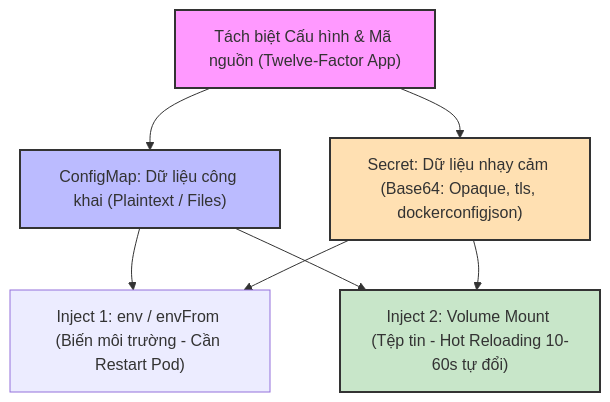
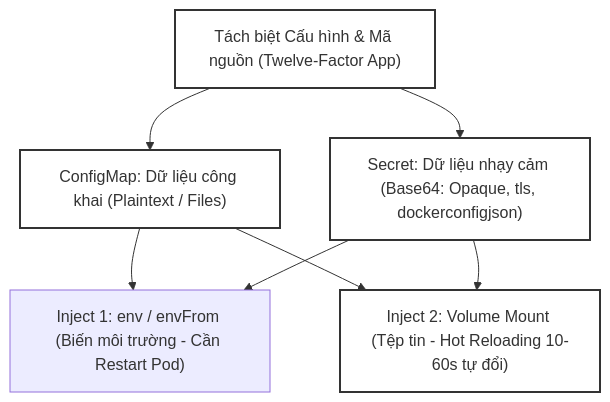
One commit to kiennt308/ntk changed the second of 3 diagrams in _posts/2026-09-12-cka-20-20-cau-hinh-configmap-secret.md. Above: the diagram before and after it, drawn with Mermaid. The commit also changed other lines of this file and 207 other files, not shown here.

Commit message:
feat(posts): batch standardize all 208 posts with TL;DR, qa-card accordion, fill:none mermaid, and liquid raw wrappers

````diff
--- a/_posts/2026-09-12-cka-20-20-cau-hinh-configmap-secret.md
+++ b/_posts/2026-09-12-cka-20-20-cau-hinh-configmap-secret.md
@@ -388,15 +392,15 @@
 ```mermaid
 graph TD
     A["Tách biệt Cấu hình & Mã nguồn (Twelve-Factor App)"] --> B["ConfigMap: Dữ liệu công khai (Plaintext / Files)"]
     A --> C["Secret: Dữ liệu nhạy cảm (Base64: Opaque, tls, dockerconfigjson)"]
     
     B --> D["Inject 1: env / envFrom (Biến môi trường - Cần Restart Pod)"]
     C --> D
     B --> E["Inject 2: Volume Mount (Tệp tin - Hot Reloading 10-60s tự đổi)"]
     C --> E
 
-    style A fill:#f9f,stroke:#333,stroke-width:2px
-    style B fill:#bbf,stroke:#333,stroke-width:2px
-    style C fill:#ffe0b2,stroke:#333,stroke-width:2px
-    style E fill:#c8e6c9,stroke:#333,stroke-width:2px
+    style A fill:none,stroke:#333,stroke-width:2px
+    style B fill:none,stroke:#333,stroke-width:2px
+    style C fill:none,stroke:#333,stroke-width:2px
+    style E fill:none,stroke:#333,stroke-width:2px
 ```
````
